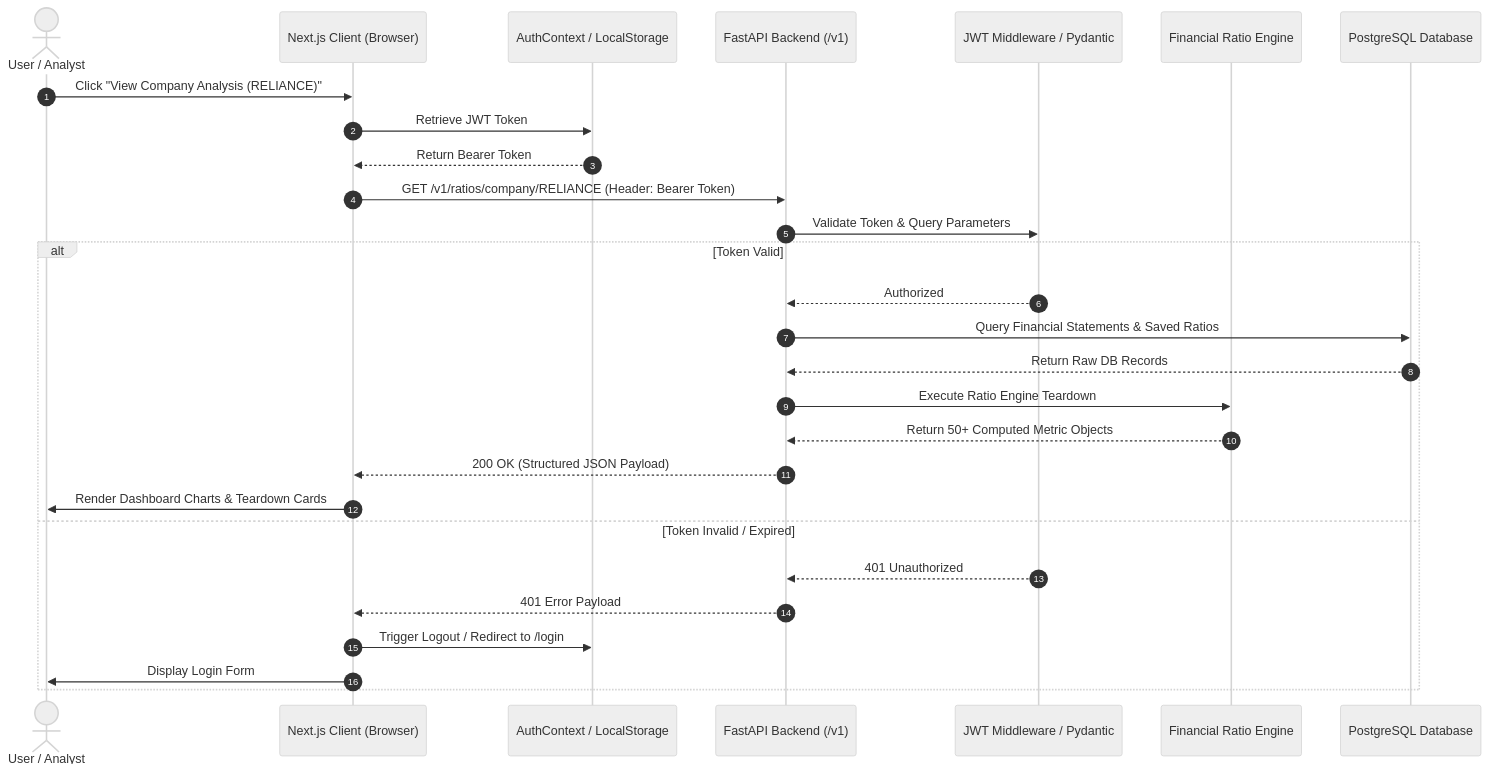
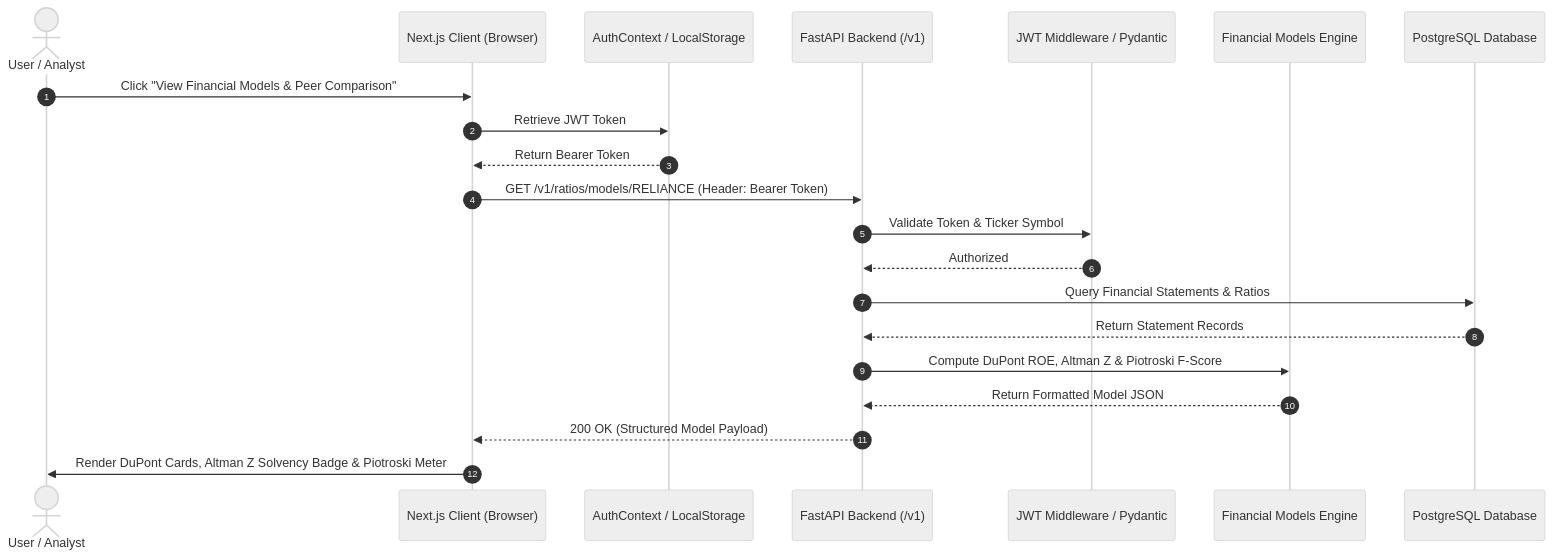
One commit to MALLAMPOLAIAHGANESH/n100-financial-intelligence-platform changed the fifth of 7 diagrams in README.md. Above: the diagram before and after it, drawn with Mermaid (neutral theme). The commit also changed other lines of this file, not shown here.

Commit message:
docs: update README.md with DuPont, Altman Z, Piotroski models, reports API & peer radar

````diff
--- a/README.md
+++ b/README.md
@@ -270,31 +263,24 @@
 ```mermaid
 sequenceDiagram
     autonumber
     actor User as User / Analyst
     participant FE as Next.js Client (Browser)
     participant Auth as AuthContext / LocalStorage
     participant API as FastAPI Backend (/v1)
     participant Middleware as JWT Middleware / Pydantic
-    participant Engine as Financial Ratio Engine
+    participant Models as Financial Models Engine
     participant DB as PostgreSQL Database
 
-    User->>FE: Click "View Company Analysis (RELIANCE)"
+    User->>FE: Click "View Financial Models & Peer Comparison"
     FE->>Auth: Retrieve JWT Token
     Auth-->>FE: Return Bearer Token
-    FE->>API: GET /v1/ratios/company/RELIANCE (Header: Bearer Token)
-    API->>Middleware: Validate Token & Query Parameters
-    alt Token Valid
-        Middleware-->>API: Authorized
-        API->>DB: Query Financial Statements & Saved Ratios
-        DB-->>API: Return Raw DB Records
-        API->>Engine: Execute Ratio Engine Teardown
-        Engine-->>API: Return 50+ Computed Metric Objects
-        API-->>FE: 200 OK (Structured JSON Payload)
-        FE->>User: Render Dashboard Charts & Teardown Cards
-    else Token Invalid / Expired
-        Middleware-->>API: 401 Unauthorized
-        API-->>FE: 401 Error Payload
-        FE->>Auth: Trigger Logout / Redirect to /login
-        FE->>User: Display Login Form
-    end
+    FE->>API: GET /v1/ratios/models/RELIANCE (Header: Bearer Token)
+    API->>Middleware: Validate Token & Ticker Symbol
+    Middleware-->>API: Authorized
+    API->>DB: Query Financial Statements & Ratios
+    DB-->>API: Return Statement Records
+    API->>Models: Compute DuPont ROE, Altman Z & Piotroski F-Score
+    Models-->>API: Return Formatted Model JSON
+    API-->>FE: 200 OK (Structured Model Payload)
+    FE->>User: Render DuPont Cards, Altman Z Solvency Badge & Piotroski Meter
 ```
````
